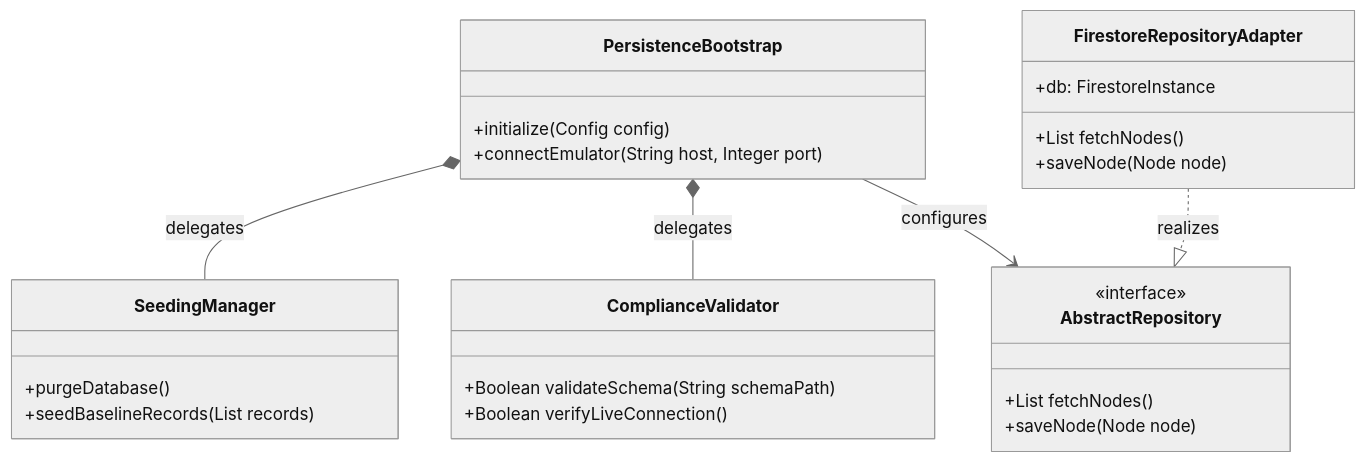
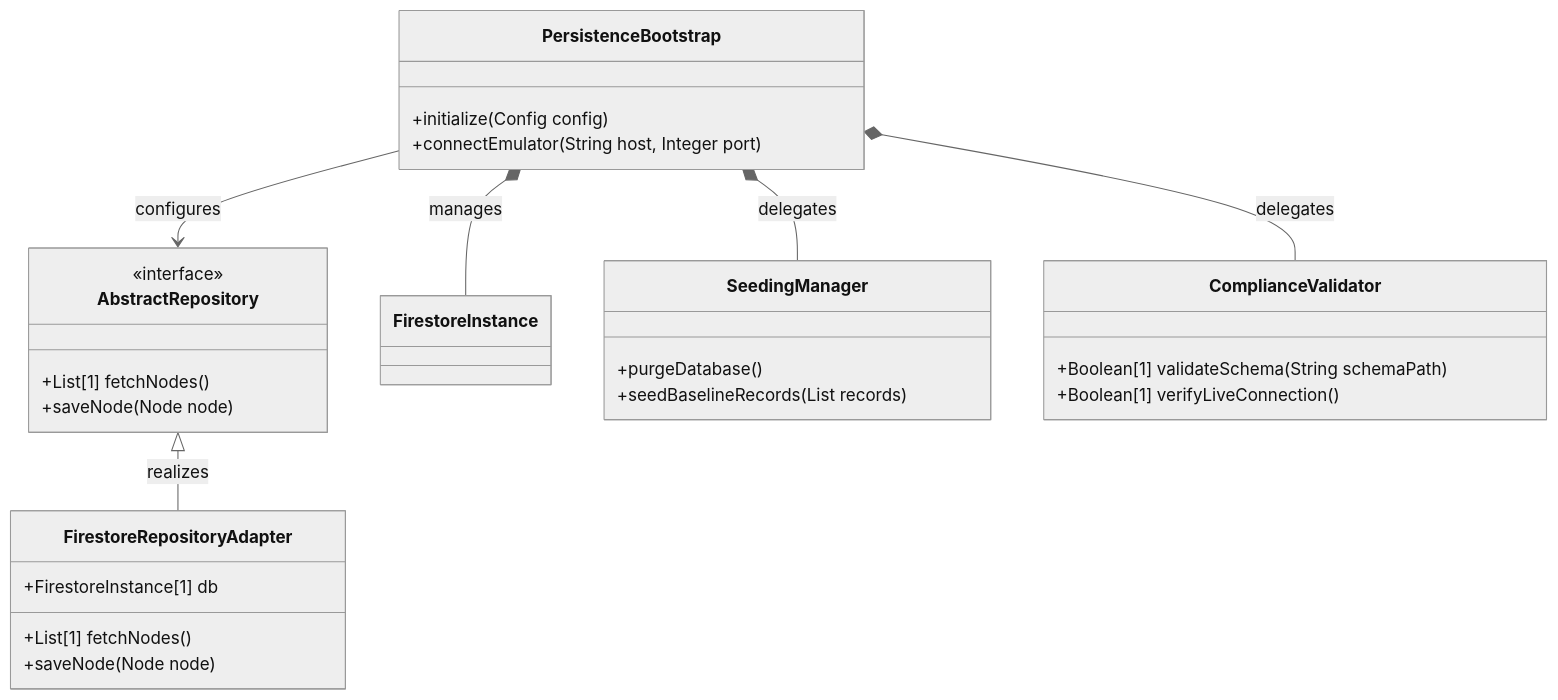
Before and after one commit to gintatkinson/digital-pipeline-repo: the diagram in docs/features/feat-44-downstream-baseline.md, drawn with Mermaid (neutral theme). The commit also changed other lines of this file and 17 other files, not shown here.

````diff
--- a/docs/features/feat-44-downstream-baseline.md
+++ b/docs/features/feat-44-downstream-baseline.md
@@ -13,30 +14,33 @@
 ```mermaid
 classDiagram
     class PersistenceBootstrap {
         +initialize(Config config)
         +connectEmulator(String host, Integer port)
     }
     class AbstractRepository {
         <<interface>>
-        +List fetchNodes()
+        +List[1] fetchNodes()
         +saveNode(Node node)
     }
+    class FirestoreInstance {
+    }
     class FirestoreRepositoryAdapter {
-        +db: FirestoreInstance
-        +List fetchNodes()
+        +FirestoreInstance[1] db
+        +List[1] fetchNodes()
         +saveNode(Node node)
     }
     class SeedingManager {
         +purgeDatabase()
         +seedBaselineRecords(List records)
     }
     class ComplianceValidator {
-        +Boolean validateSchema(String schemaPath)
-        +Boolean verifyLiveConnection()
+        +Boolean[1] validateSchema(String schemaPath)
+        +Boolean[1] verifyLiveConnection()
     }
 
-    FirestoreRepositoryAdapter ..|> AbstractRepository : realizes
+    AbstractRepository <|-- FirestoreRepositoryAdapter : realizes
     PersistenceBootstrap *-- SeedingManager : delegates
     PersistenceBootstrap *-- ComplianceValidator : delegates
     PersistenceBootstrap --> AbstractRepository : configures
+    PersistenceBootstrap *-- FirestoreInstance : manages
 ```
````
